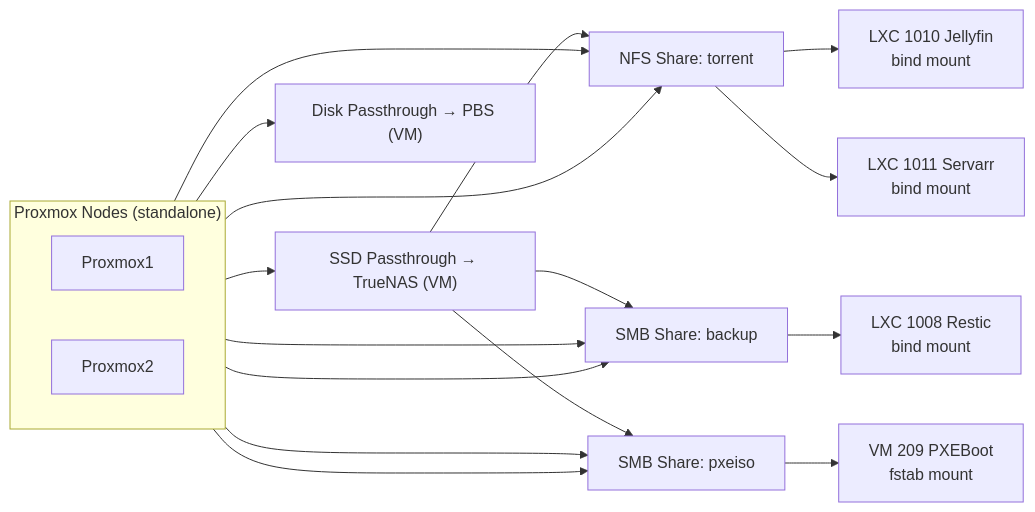
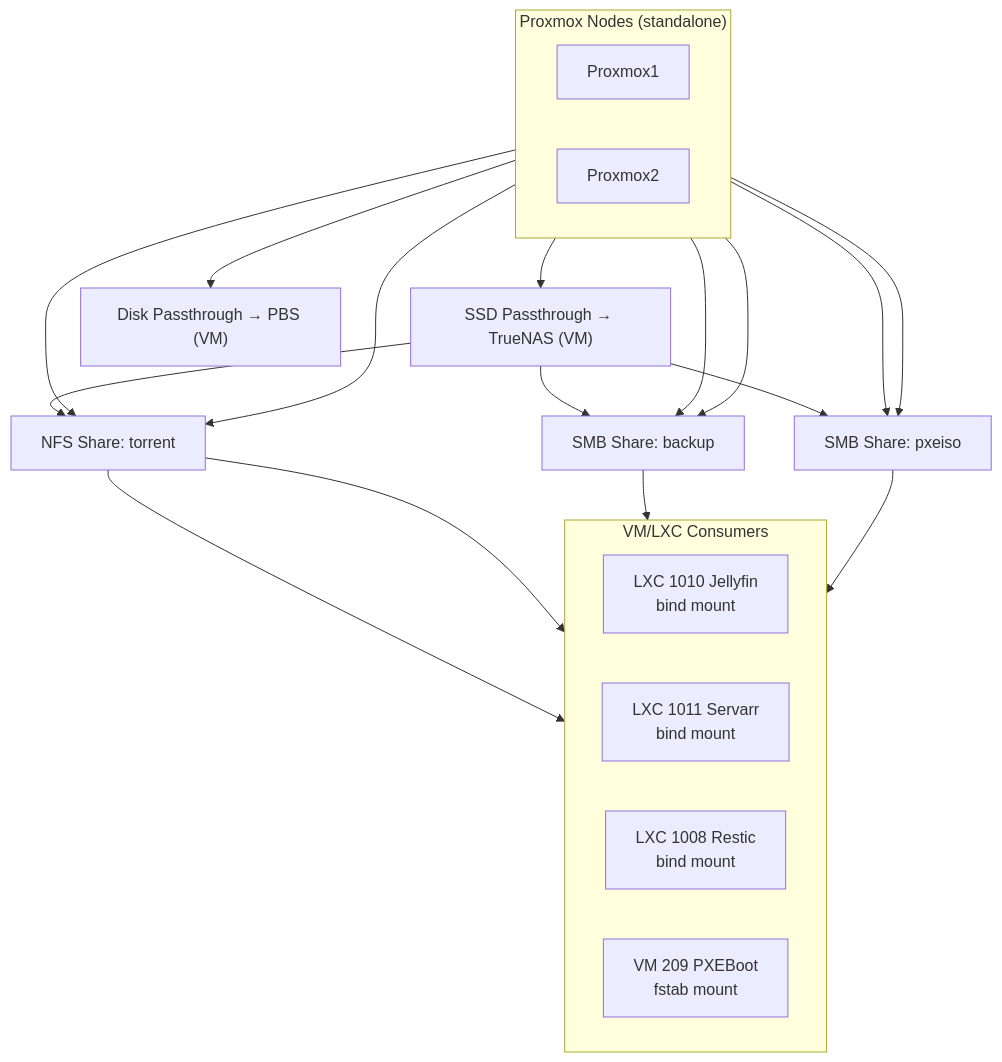
The first of 2 diagrams in 13-Design_Decisions/README_HU.md (torokrolf/homelab), drawn with Mermaid before and after one commit. The commit also changed other lines of this file, not shown here.

````diff
--- a/13-Design_Decisions/README_HU.md
+++ b/13-Design_Decisions/README_HU.md
@@ -3,45 +5,49 @@
 ```mermaid
-flowchart LR
+flowchart TB
     %% Smooth lines
     linkStyle default interpolate basis
 
     %% Top row: Proxmox nodes side by side
     subgraph PROXMOX["Proxmox Nodes (standalone)"]
         direction LR
         PVE1["Proxmox1"]
         PVE2["Proxmox2"]
     end
 
-    %% Passthrough disks going directly to VMs
+    %% Passthrough disks going directly to VMs (middle layer)
     SSD_TRUENAS["SSD Passthrough → TrueNAS (VM)"]
     SSD_PBS["Disk Passthrough → PBS (VM)"]
 
-    %% Passthrough connections
+    %% Passthrough connections (PVE2 only)
     PVE2 --> SSD_TRUENAS
     PVE2 --> SSD_PBS
 
     %% TrueNAS storage exports
     SSD_TRUENAS --> NFS["NFS Share: torrent"]
     SSD_TRUENAS --> SMB1["SMB Share: backup"]
     SSD_TRUENAS --> SMB2["SMB Share: pxeiso"]
 
     %% Both Proxmox nodes mount the shares
     PVE1 --> NFS
     PVE1 --> SMB1
     PVE1 --> SMB2
 
     PVE2 --> NFS
     PVE2 --> SMB1
     PVE2 --> SMB2
 
-    %% Consumers
-    JELLY["LXC 1010 Jellyfin\nbind mount"]
-    SERVARR["LXC 1011 Servarr\nbind mount"]
-    RESTIC["LXC 1008 Restic\nbind mount"]
-    PXEVM["VM 209 PXEBoot\nfstab mount"]
+    %% Consumers (bottom row)
+    subgraph CONSUMERS["VM/LXC Consumers"]
+        direction LR
+        JELLY["LXC 1010 Jellyfin\nbind mount"]
+        SERVARR["LXC 1011 Servarr\nbind mount"]
+        RESTIC["LXC 1008 Restic\nbind mount"]
+        PXEVM["VM 209 PXEBoot\nfstab mount"]
+    end
 
+    %% Storage → Consumers connections
     NFS --> JELLY
     NFS --> SERVARR
     SMB1 --> RESTIC
     SMB2 --> PXEVM
 ```
````
